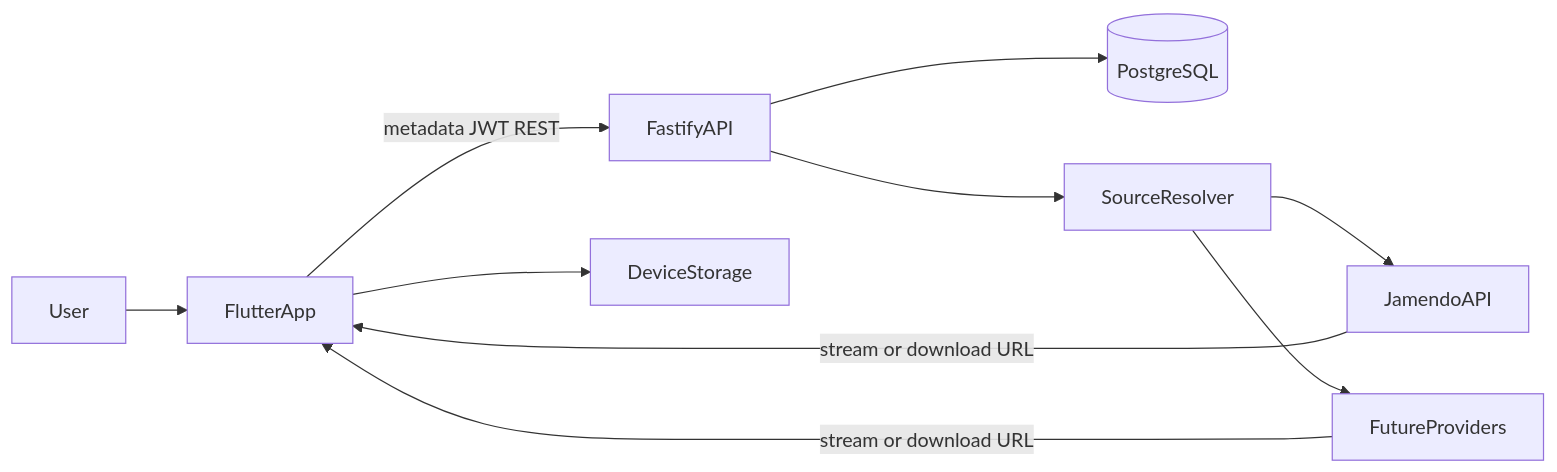
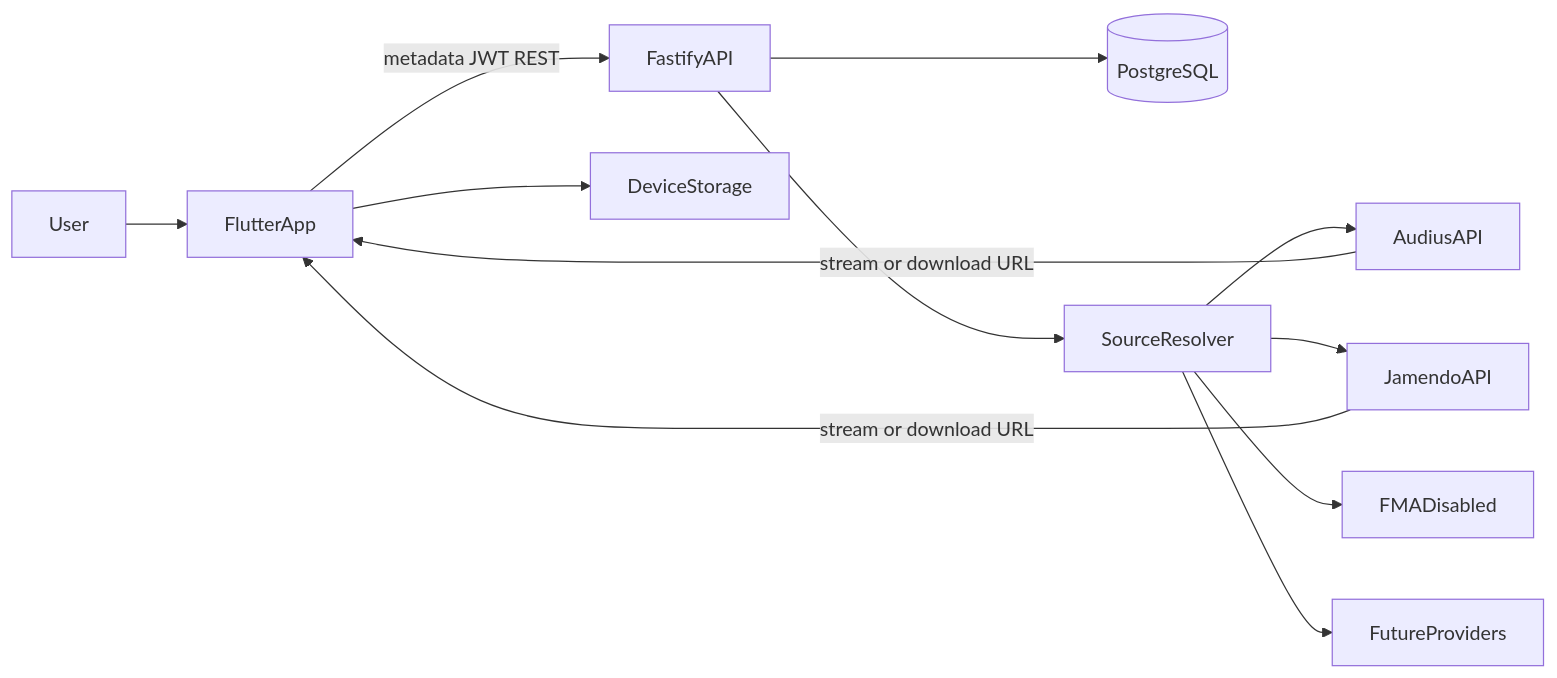
The first of 2 diagrams in ARCHITECTURE.md (santoshkushwaha53/OpenTune), drawn with Mermaid before and after one commit. The commit also changed other lines of this file and 27 other files, not shown here.

First line of the commit message:
Route Discover through Audius, then Jamendo, with a download rights filter.

````diff
--- a/ARCHITECTURE.md
+++ b/ARCHITECTURE.md
@@ -26,21 +26,25 @@
 ```mermaid
 flowchart LR
   user[User]
   flutter[FlutterApp]
   api[FastifyAPI]
   pg[(PostgreSQL)]
   resolver[SourceResolver]
   jamendo[JamendoAPI]
+  audius[AudiusAPI]
+  fma[FMADisabled]
   other[FutureProviders]
   device[DeviceStorage]
 
   user --> flutter
   flutter -->|metadata JWT REST| api
   api --> pg
   api --> resolver
+  resolver --> audius
   resolver --> jamendo
+  resolver --> fma
   resolver --> other
+  audius -->|stream or download URL| flutter
   jamendo -->|stream or download URL| flutter
-  other -->|stream or download URL| flutter
   flutter --> device
 ```
````
